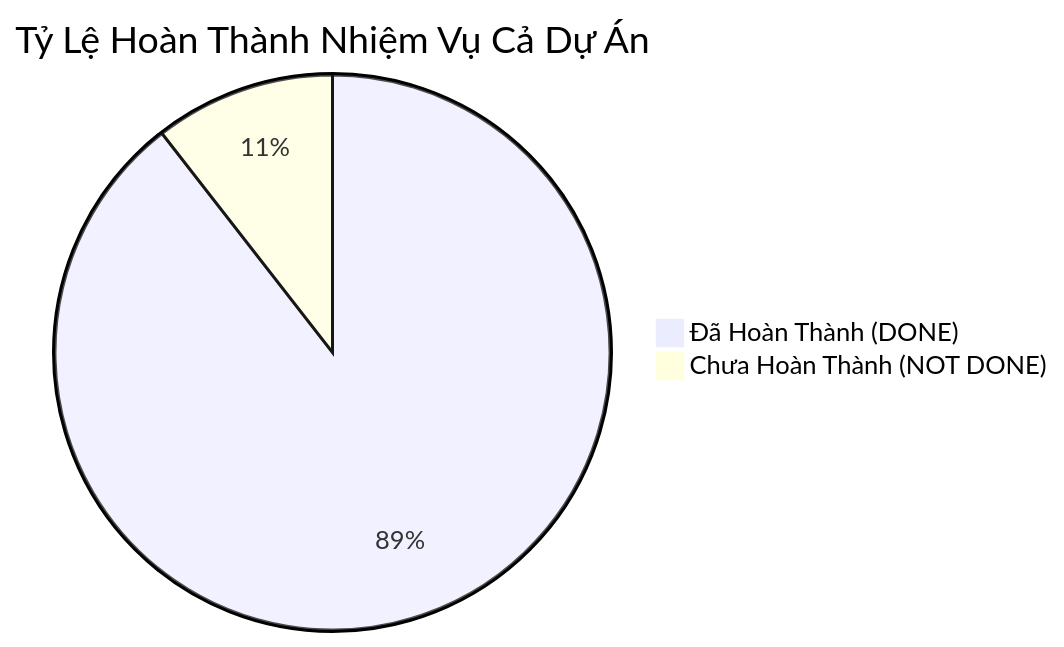
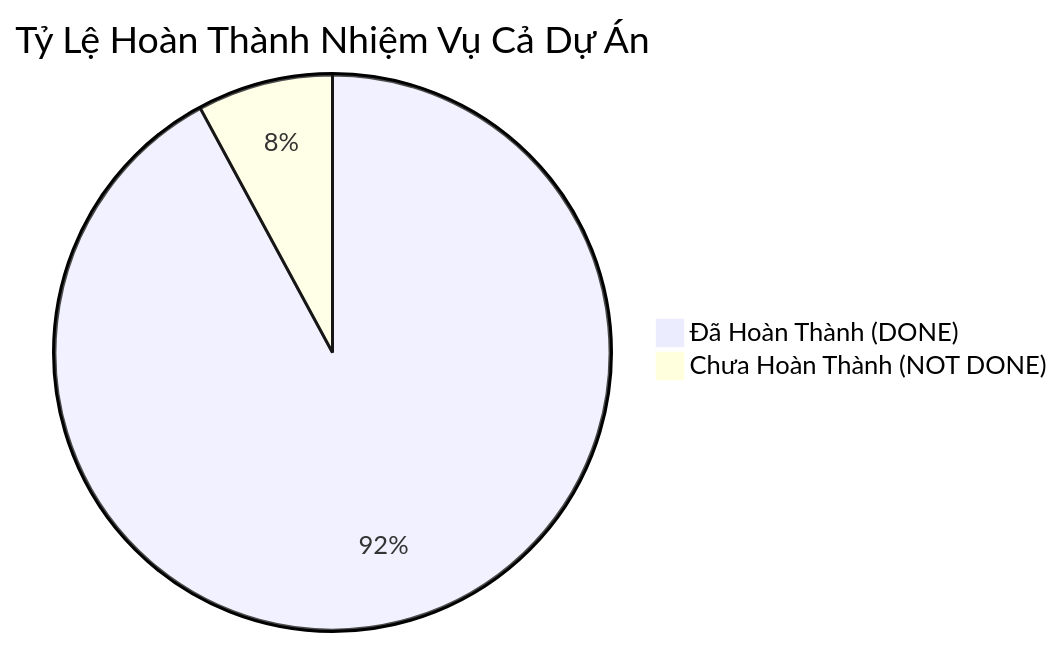
One commit to phattvh/DataStructure_ATM-Project changed the first of 2 diagrams in docs/TIEN_DO_CONG_VIEC.md. Above: the diagram before and after it, drawn with Mermaid. The commit also changed other lines of this file and 4 other files, not shown here.

````diff
--- a/docs/TIEN_DO_CONG_VIEC.md
+++ b/docs/TIEN_DO_CONG_VIEC.md
@@ -10,5 +10,5 @@
 ```mermaid
 pie title Tỷ Lệ Hoàn Thành Nhiệm Vụ Cả Dự Án
-    "Đã Hoàn Thành (DONE)" : 34
-    "Chưa Hoàn Thành (NOT DONE)" : 4
+    "Đã Hoàn Thành (DONE)" : 35
+    "Chưa Hoàn Thành (NOT DONE)" : 3
 ```
````
